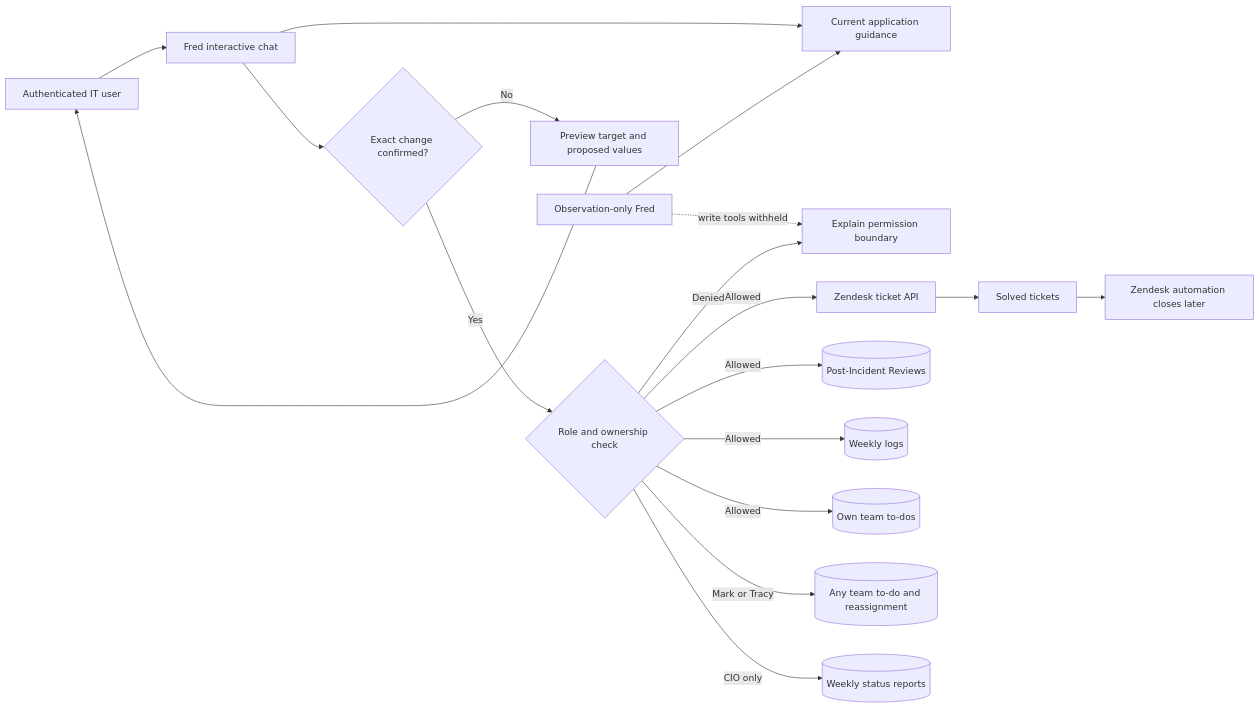
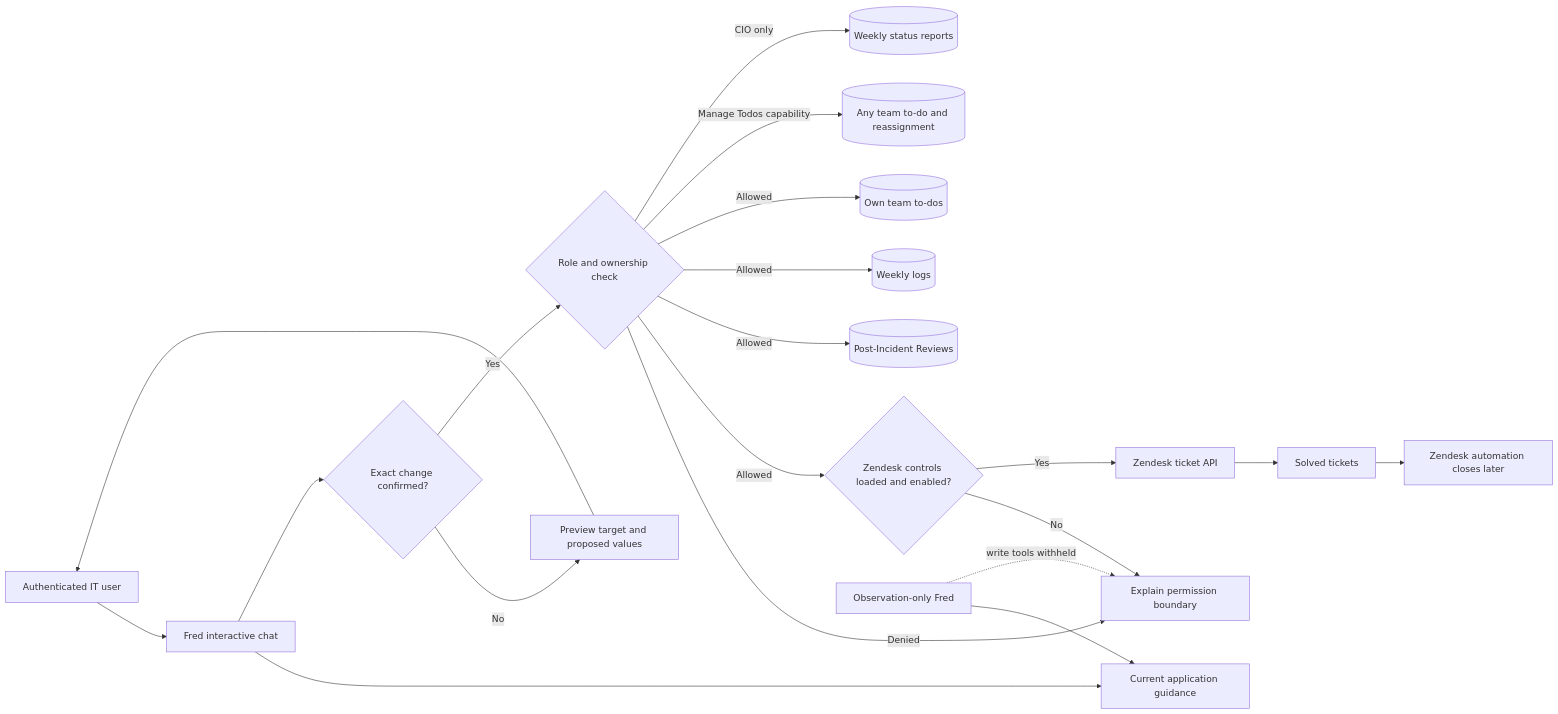
Before and after one commit to OlderschCoder/Network-Insight-Hub: the diagram in docs/fred-application-actions.mmd, drawn with Mermaid. The commit also changed 75 other files, not shown here.

```diff
--- a/docs/fred-application-actions.mmd
+++ b/docs/fred-application-actions.mmd
@@ -1,18 +1,20 @@
 flowchart LR
   U[Authenticated IT user] --> F[Fred interactive chat]
   F --> G[Current application guidance]
   F --> C{Exact change confirmed?}
   C -- No --> P[Preview target and proposed values]
   P --> U
   C -- Yes --> R{Role and ownership check}
   R -- Denied --> D[Explain permission boundary]
-  R -- Allowed --> Z[Zendesk ticket API]
+  R -- Allowed --> ZC{Zendesk controls loaded and enabled?}
+  ZC -- No --> D
+  ZC -- Yes --> Z[Zendesk ticket API]
   R -- Allowed --> A[(Post-Incident Reviews)]
   R -- Allowed --> L[(Weekly logs)]
   R -- Allowed --> TD[(Own team to-dos)]
-  R -- Mark or Tracy --> TA[(Any team to-do and reassignment)]
+  R -- Manage Todos capability --> TA[(Any team to-do and reassignment)]
   R -- CIO only --> W[(Weekly status reports)]
   Z --> S[Solved tickets]
   S --> X[Zendesk automation closes later]
   B[Observation-only Fred] --> G
   B -. write tools withheld .-> D
```
